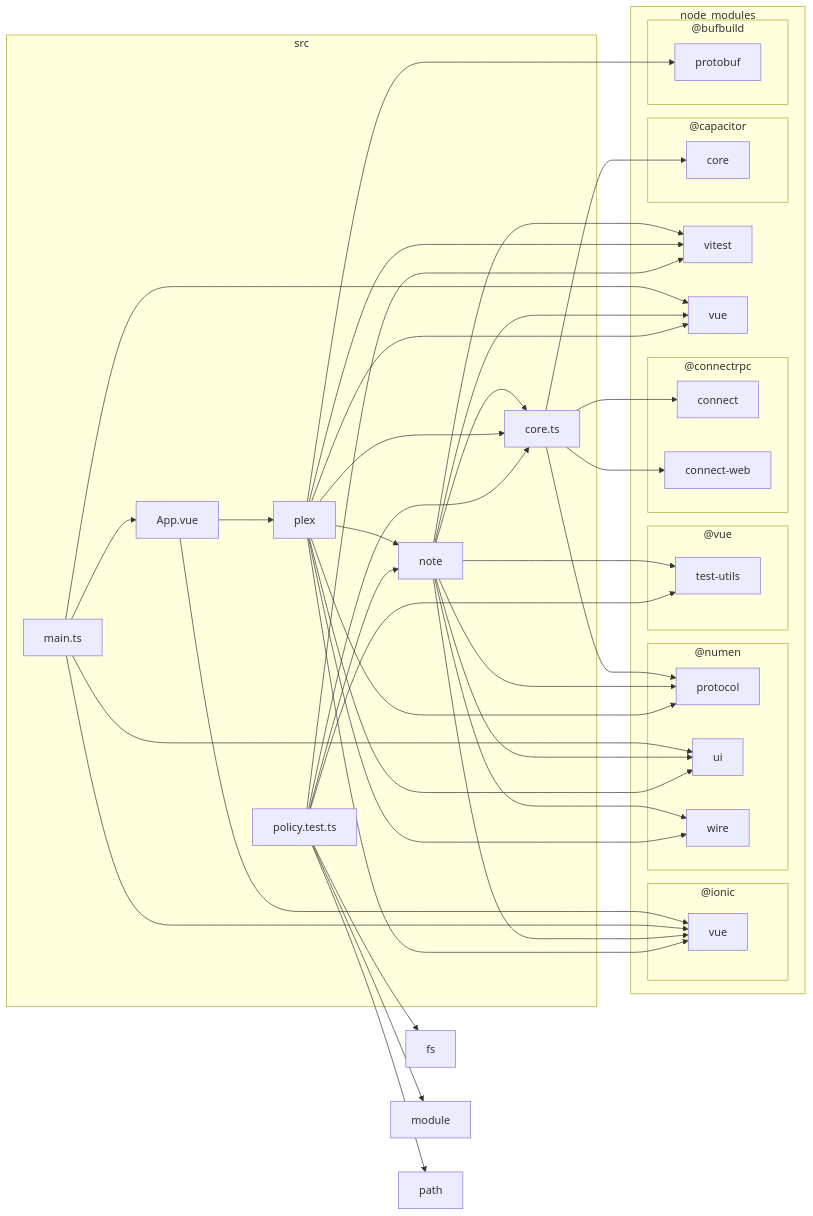
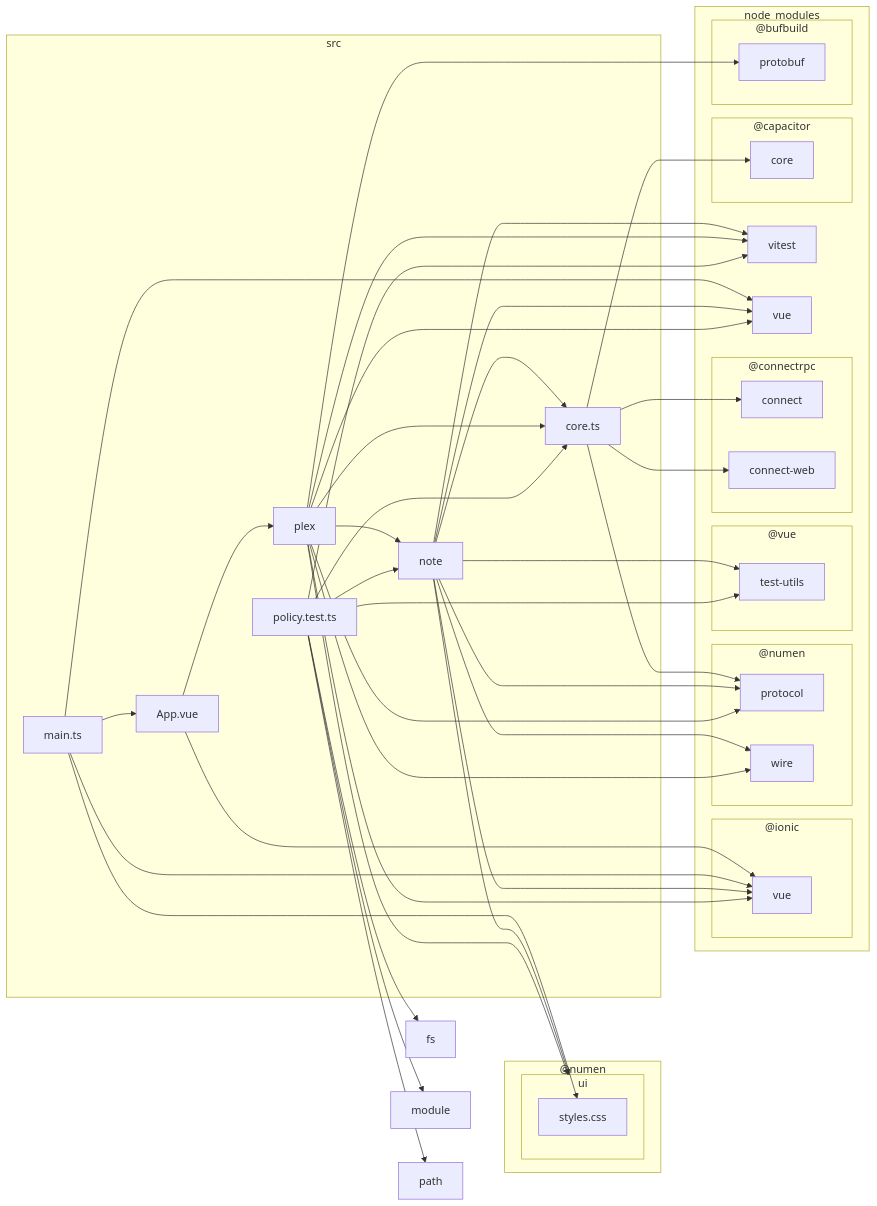
Before and after one commit to jiva-studio/numen: the fifth of 5 diagrams in docs/dependencies.md, drawn with Mermaid. The commit also changed other lines of this file, not shown here.

````diff
--- a/docs/dependencies.md
+++ b/docs/dependencies.md
@@ -922,74 +934,78 @@
 ```mermaid
 flowchart LR
 
 subgraph 2["node_modules"]
 subgraph 3["@bufbuild"]
 4["protobuf"]
 end
 subgraph 5["@capacitor"]
 6["core"]
 end
 subgraph 7["@connectrpc"]
 8["connect"]
 9["connect-web"]
 end
 subgraph A["@ionic"]
 B["vue"]
 end
 subgraph C["@numen"]
 D["protocol"]
-E["ui"]
-F["wire"]
+E["wire"]
 end
-subgraph G["@vue"]
-H["test-utils"]
+subgraph F["@vue"]
+G["test-utils"]
 end
-I["vitest"]
-J["vue"]
+H["vitest"]
+I["vue"]
 end
-K["fs"]
-L["module"]
-M["path"]
-subgraph N["src"]
-O["App.vue"]
-P["core.ts"]
-Q["main.ts"]
-R["note"]
-S["plex"]
-T["policy.test.ts"]
+subgraph J["@numen"]
+subgraph K["ui"]
+L["styles.css"]
 end
-O-->B
-O-->S
-P-->6
-P-->8
-P-->9
-P-->D
+end
+M["fs"]
+N["module"]
+O["path"]
+subgraph P["src"]
+Q["App.vue"]
+R["core.ts"]
+S["main.ts"]
+T["note"]
+U["plex"]
+V["policy.test.ts"]
+end
 Q-->B
-Q-->E
-Q-->J
-Q-->O
-R-->B
+Q-->U
+R-->6
+R-->8
+R-->9
 R-->D
-R-->E
-R-->F
-R-->H
-R-->I
-R-->J
-R-->P
-S-->4
 S-->B
-S-->D
-S-->E
-S-->F
 S-->I
-S-->J
-S-->P
-S-->R
+S-->L
+S-->Q
+T-->B
+T-->D
+T-->E
+T-->G
 T-->H
 T-->I
 T-->K
-T-->L
-T-->M
-T-->P
 T-->R
+U-->4
+U-->B
+U-->D
+U-->E
+U-->H
+U-->I
+U-->K
+U-->R
+U-->T
+V-->G
+V-->H
+V-->M
+V-->N
+V-->O
+V-->R
+V-->T
 ```
````
